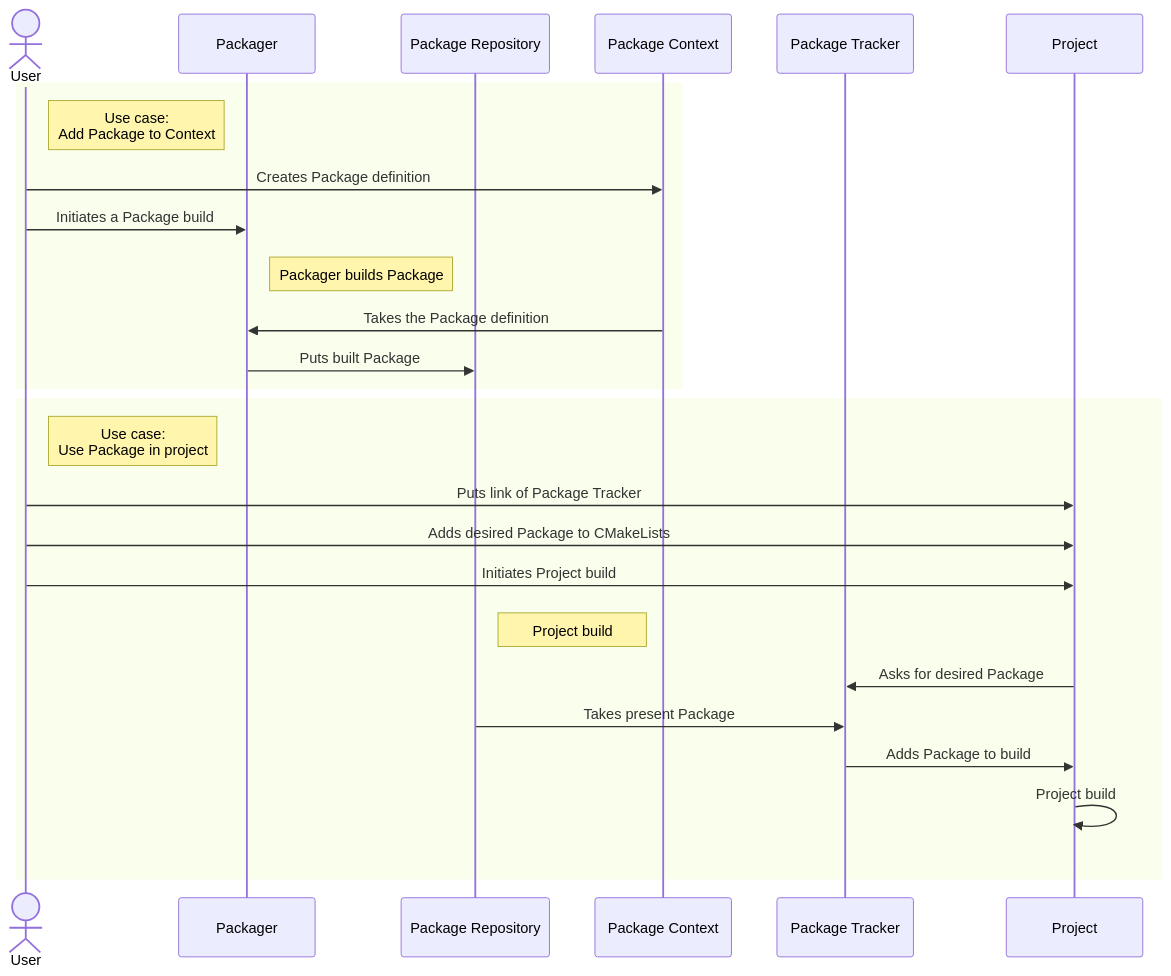
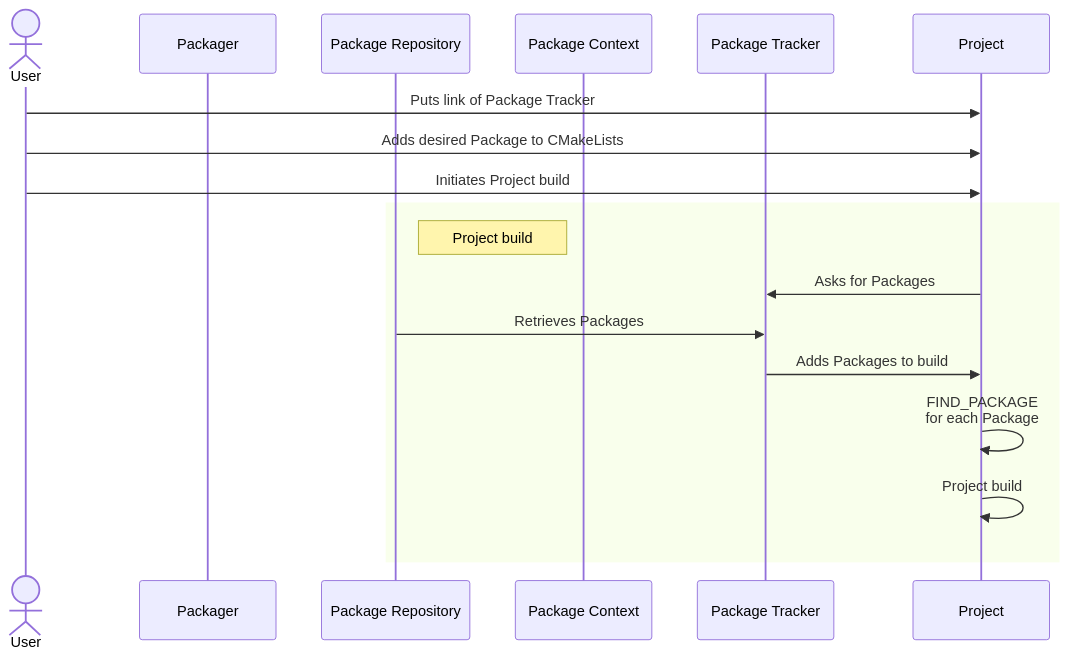
One commit to bacpack-system/bacpack-system.github.io changed the fifth of 5 diagrams in docs/use_cases.md. Above: the diagram before and after it, drawn with Mermaid. The commit also changed other lines of this file and 1 other file, not shown here.

Commit message:
Add more use cases and diagrams

````diff
--- a/docs/use_cases.md
+++ b/docs/use_cases.md
@@ -9,33 +97,21 @@
 ```mermaid
 sequenceDiagram
   actor User
   participant Packager
   participant Package Repository
   participant Package Context
   participant Package Tracker
   participant Project
 
+  User->>Project: Puts link of Package Tracker
+  User->>Project: Adds desired Package to CMakeLists
+  User->>Project: Initiates Project build
   rect
-    Note right of User: Use case:<br/> Add Package to Context
-    User->>Package Context: Creates Package definition
-    User->>Packager: Initiates a Package build
-    rect
-      Note right of Packager: Packager builds Package
-      Package Context->>Packager: Takes the Package definition
-      Packager->>Package Repository: Puts built Package
-    end
-  end
-  rect
-    Note right of User: Use case:<br/> Use Package in project
-    User->>Project: Puts link of Package Tracker
-    User->>Project: Adds desired Package to CMakeLists
-    User->>Project: Initiates Project build
-    rect
-      Note right of Package Repository: Project build
-      Project->>Package Tracker: Asks for desired Package
-      Package Repository->>Package Tracker: Takes present Package
-      Package Tracker->>Project: Adds Package to build
-      Project->>Project: Project build
-    end
+    Note right of Package Repository: Project build
+    Project->>Package Tracker: Asks for Packages
+    Package Repository->>Package Tracker: Retrieves Packages
+    Package Tracker->>Project: Adds Packages to build
+    Project->>Project: FIND_PACKAGE<br>for each Package
+    Project->>Project: Project build
   end
 ```
````
